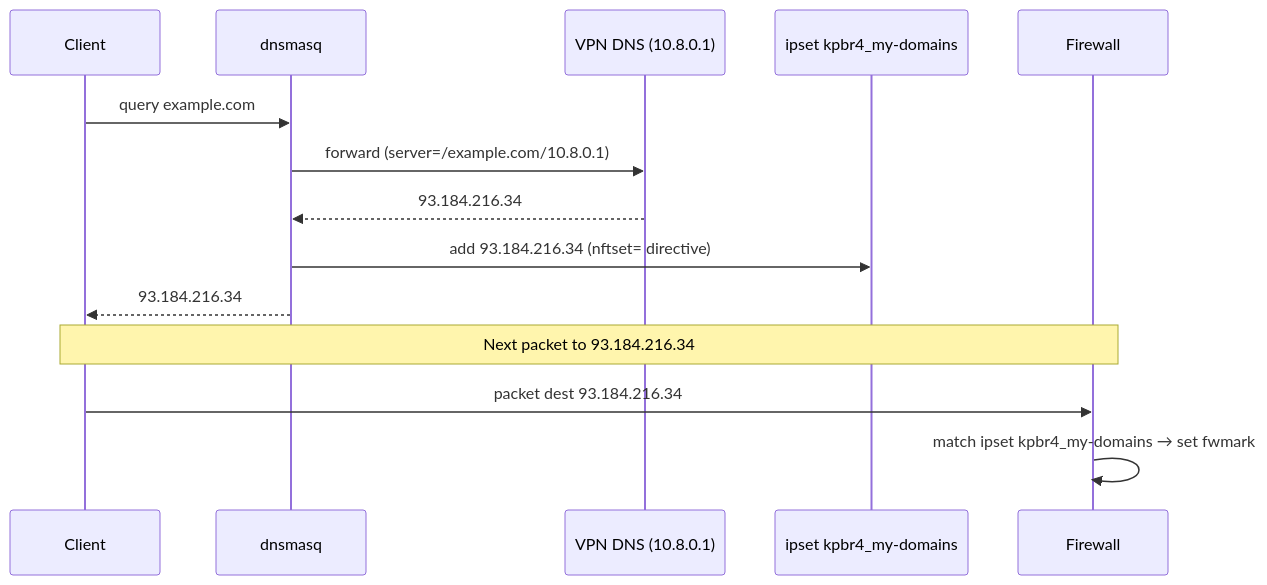
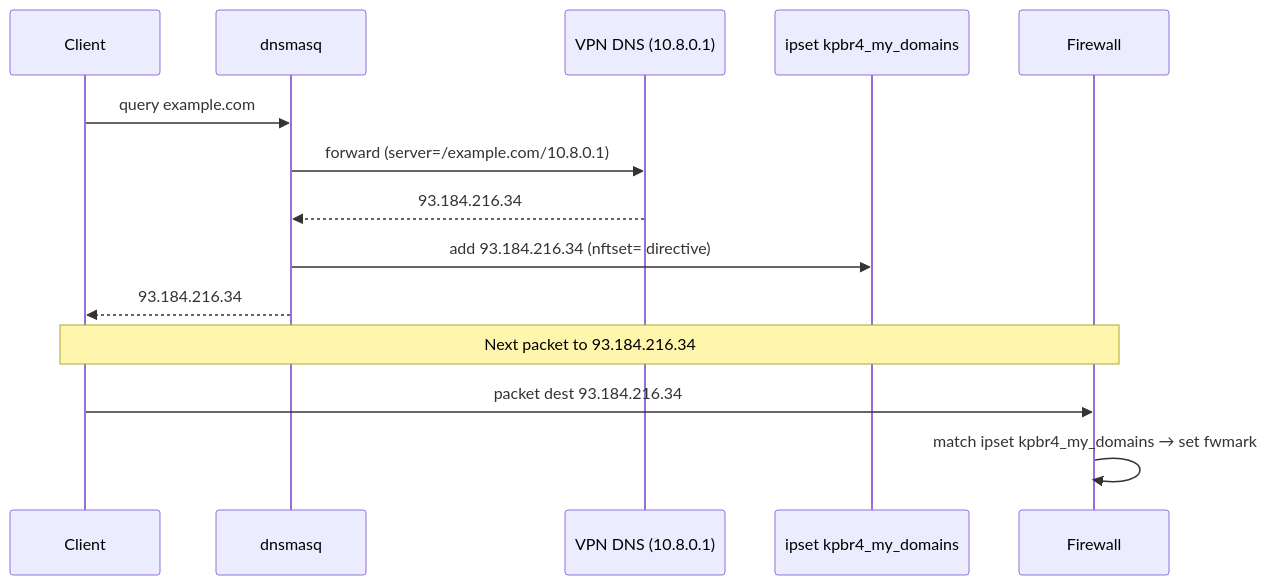
The third of 3 diagrams in docs/content/docs/concepts.md (maksimkurb/keen-pbr), drawn with Mermaid before and after one commit. The commit also changed other lines of this file and 29 other files, not shown here.

````diff
--- a/docs/content/docs/concepts.md
+++ b/docs/content/docs/concepts.md
@@ -130,18 +134,18 @@
 ```mermaid
 sequenceDiagram
     participant Client
     participant dnsmasq
     participant VPN_DNS as VPN DNS (10.8.0.1)
-    participant Ipset as ipset kpbr4_my-domains
+    participant Ipset as ipset kpbr4_my_domains
     participant Firewall
 
     Client->>dnsmasq: query example.com
     dnsmasq->>VPN_DNS: forward (server=/example.com/10.8.0.1)
     VPN_DNS-->>dnsmasq: 93.184.216.34
     dnsmasq->>Ipset: add 93.184.216.34 (nftset= directive)
     dnsmasq-->>Client: 93.184.216.34
 
     Note over Client,Firewall: Next packet to 93.184.216.34
     Client->>Firewall: packet dest 93.184.216.34
-    Firewall->>Firewall: match ipset kpbr4_my-domains → set fwmark
+    Firewall->>Firewall: match ipset kpbr4_my_domains → set fwmark
 ```
````
